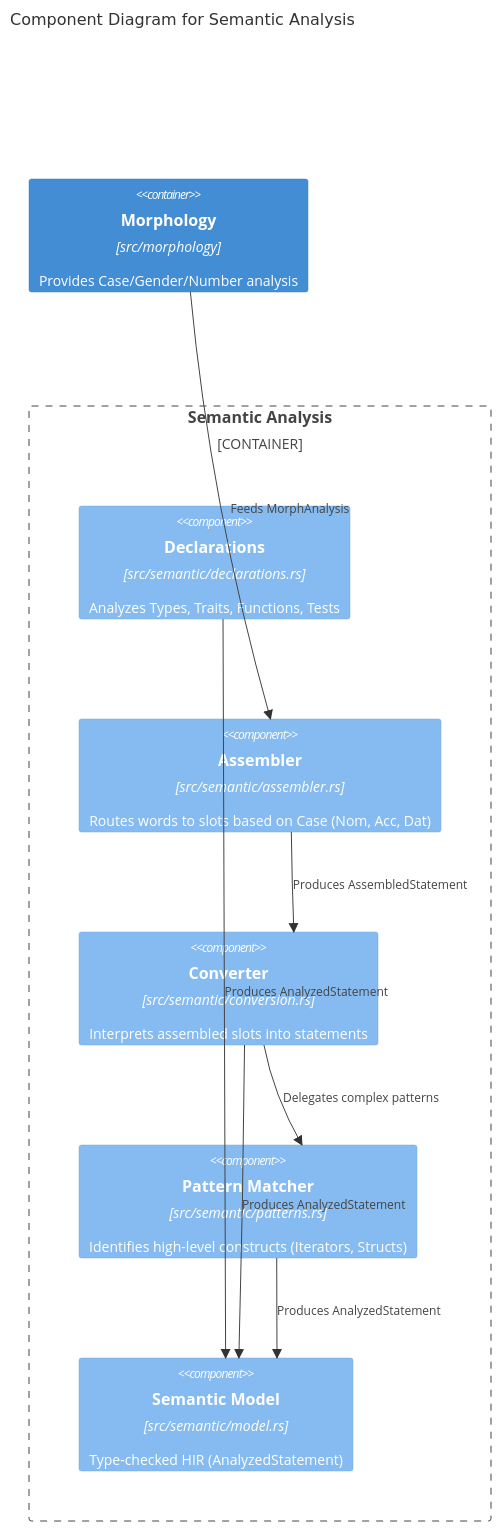
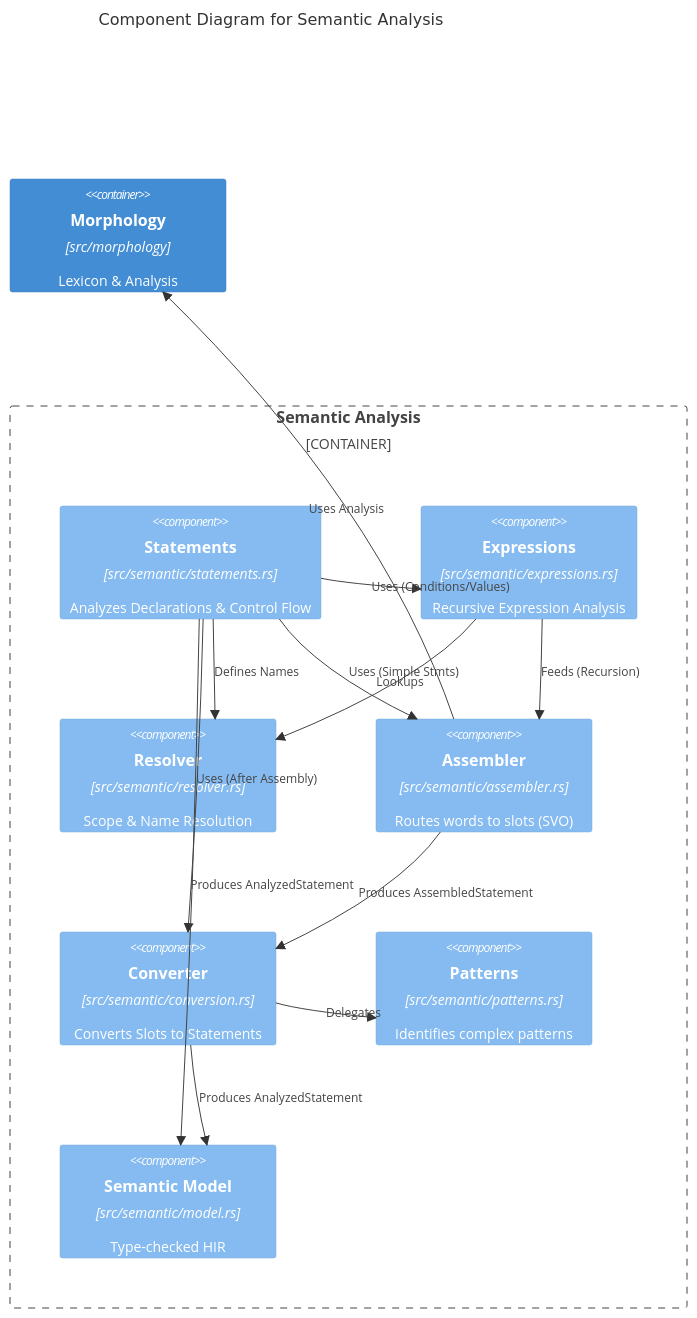
The third of 3 diagrams in docs/architecture.md (madmax983/glossa), drawn with Mermaid before and after one commit. The commit also changed 1 other file, not shown here.

Commit message:
📜 Codex: ADR 011 & Architecture Diagram Update
* 🧠 **Decision:** Recorded the refactor of Semantic Analysis into `statements`, `expressions`, and `resolver`.
* 🗺️ **Visuals:** Updated C4 Component diagram in `docs/architecture.md` to reflect the new boundaries.
* 🔗 **Link:** See `docs/adr/011-refactor-semantic-analysis-pipeline.md`.

````diff
--- a/docs/architecture.md
+++ b/docs/architecture.md
@@ -52,21 +52,31 @@
 ```mermaid
 C4Component
     title Component Diagram for Semantic Analysis
 
     Container_Boundary(semantic, "Semantic Analysis") {
-        Component(declarations, "Declarations", "src/semantic/declarations.rs", "Analyzes Types, Traits, Functions, Tests")
-        Component(assembler, "Assembler", "src/semantic/assembler.rs", "Routes words to slots based on Case (Nom, Acc, Dat)")
-        Component(converter, "Converter", "src/semantic/conversion.rs", "Interprets assembled slots into statements")
-        Component(patterns, "Pattern Matcher", "src/semantic/patterns.rs", "Identifies high-level constructs (Iterators, Structs)")
-        Component(model, "Semantic Model", "src/semantic/model.rs", "Type-checked HIR (AnalyzedStatement)")
+        Component(statements, "Statements", "src/semantic/statements.rs", "Analyzes Declarations & Control Flow")
+        Component(expressions, "Expressions", "src/semantic/expressions.rs", "Recursive Expression Analysis")
+        Component(resolver, "Resolver", "src/semantic/resolver.rs", "Scope & Name Resolution")
+        Component(assembler, "Assembler", "src/semantic/assembler.rs", "Routes words to slots (SVO)")
+        Component(converter, "Converter", "src/semantic/conversion.rs", "Converts Slots to Statements")
+        Component(patterns, "Patterns", "src/semantic/patterns.rs", "Identifies complex patterns")
+        Component(model, "Semantic Model", "src/semantic/model.rs", "Type-checked HIR")
     }
 
-    Container(morphology, "Morphology", "src/morphology", "Provides Case/Gender/Number analysis")
+    Container(morphology, "Morphology", "src/morphology", "Lexicon & Analysis")
 
-    Rel(declarations, model, "Produces AnalyzedStatement")
-    Rel(morphology, assembler, "Feeds MorphAnalysis")
+    Rel(statements, resolver, "Defines Names")
+    Rel(statements, expressions, "Uses (Conditions/Values)")
+    Rel(statements, assembler, "Uses (Simple Stmts)")
+    Rel(statements, converter, "Uses (After Assembly)")
+    Rel(statements, model, "Produces AnalyzedStatement")
+
+    Rel(expressions, resolver, "Lookups")
+    Rel(expressions, assembler, "Feeds (Recursion)")
+
+    Rel(assembler, morphology, "Uses Analysis")
     Rel(assembler, converter, "Produces AssembledStatement")
-    Rel(converter, patterns, "Delegates complex patterns")
-    Rel(patterns, model, "Produces AnalyzedStatement")
+
+    Rel(converter, patterns, "Delegates")
     Rel(converter, model, "Produces AnalyzedStatement")
 ```
````
